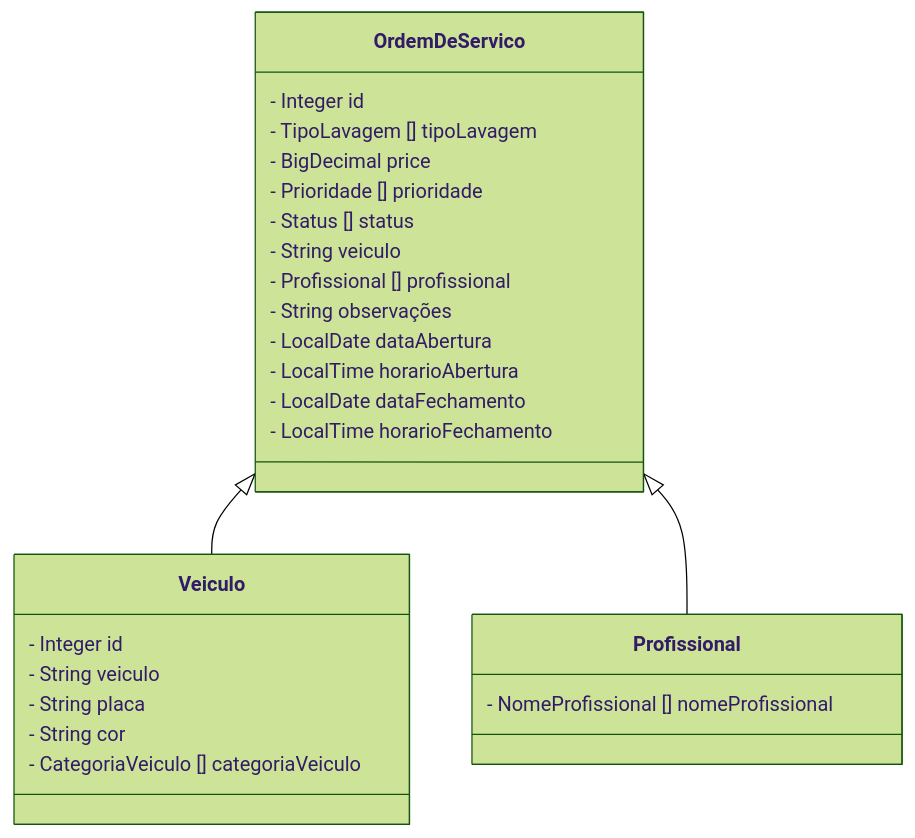
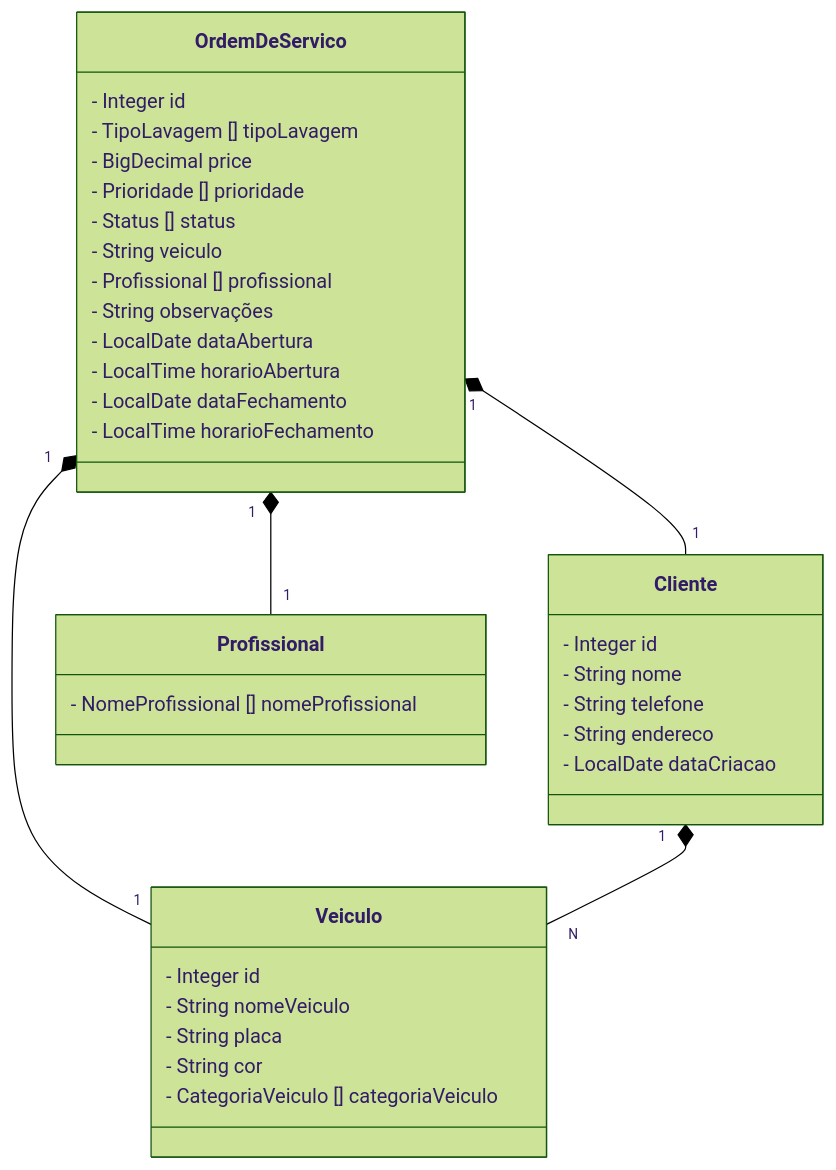
Before and after one commit to JulioCesar93/Car-Wash-API: the diagram in README.md, drawn with Mermaid (forest theme).

````diff
--- a/README.md
+++ b/README.md
@@ -12,35 +12,44 @@
 ```mermaid
 classDiagram
   class OrdemDeServico {
     - Integer id
     - TipoLavagem [] tipoLavagem
     - BigDecimal price
     - Prioridade [] prioridade
     - Status [] status
     - String veiculo
     - Profissional [] profissional
     - String observações
     - LocalDate dataAbertura
     - LocalTime horarioAbertura
     - LocalDate dataFechamento
     - LocalTime horarioFechamento
 
   }
 
   class Veiculo {
     - Integer id
-    - String veiculo
+    - String nomeVeiculo
     - String placa
     - String cor
     - CategoriaVeiculo [] categoriaVeiculo
+  }
 
-  }
+class Cliente {
+    - Integer id
+    - String nome
+    - String telefone
+    - String endereco
+    - LocalDate dataCriacao
+}
 
   class Profissional {
     - NomeProfissional [] nomeProfissional
   }
 
-OrdemDeServico <|-- Veiculo
-OrdemDeServico <|-- Profissional
+  OrdemDeServico "1" *-- "1" Veiculo
+  OrdemDeServico "1" *-- "1" Cliente
+  OrdemDeServico "1" *-- "1" Profissional
+  Cliente "1" *-- "N" Veiculo
   
 ```
````
